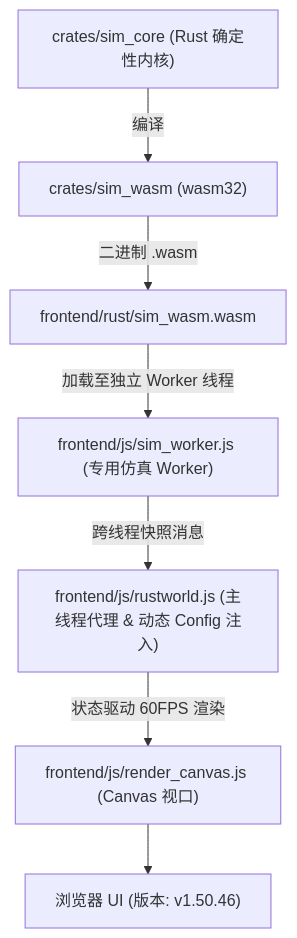
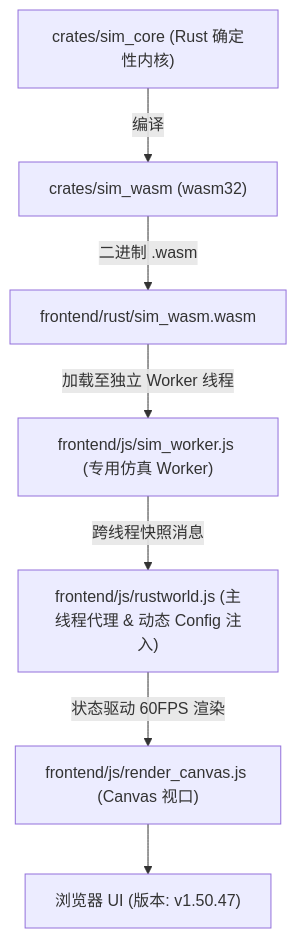
Before and after one commit to g39088902/FlowAndAccord: the diagram in AGENTS.md, drawn with Mermaid. The commit also changed other lines of this file and 18 other files, not shown here.

````diff
--- a/AGENTS.md
+++ b/AGENTS.md
@@ -61,10 +61,10 @@
 ```mermaid
 graph TD
     A["crates/sim_core (Rust 确定性内核)"] -->|编译| B["crates/sim_wasm (wasm32)"]
     B -->|二进制 .wasm| C["frontend/rust/sim_wasm.wasm"]
     C -->|加载至独立 Worker 线程| D["frontend/js/sim_worker.js (专用仿真 Worker)"]
     D -->|跨线程快照消息| E["frontend/js/rustworld.js (主线程代理 & 动态 Config 注入)"]
     E -->|状态驱动 60FPS 渲染| F["frontend/js/render_canvas.js (Canvas 视口)"]
-    F --> G["浏览器 UI (版本: v1.50.46)"]
+    F --> G["浏览器 UI (版本: v1.50.47)"]
 
 ```
````
